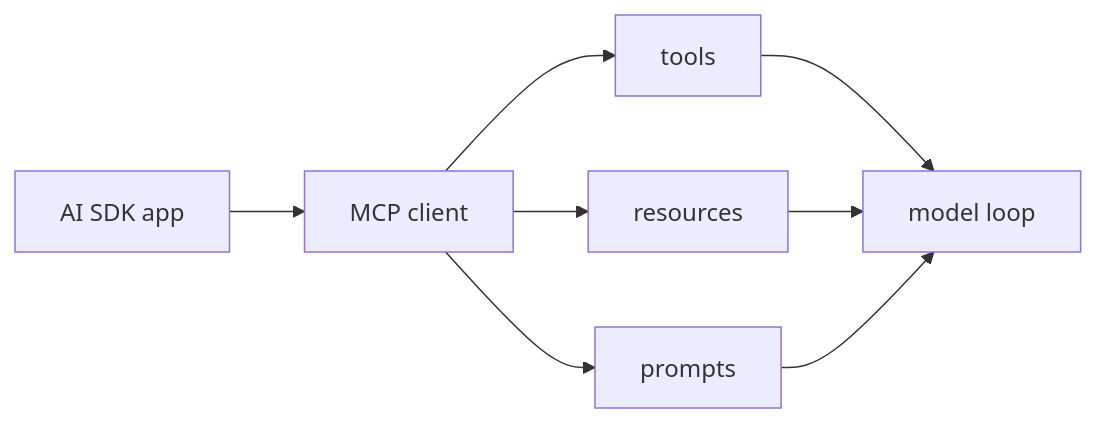
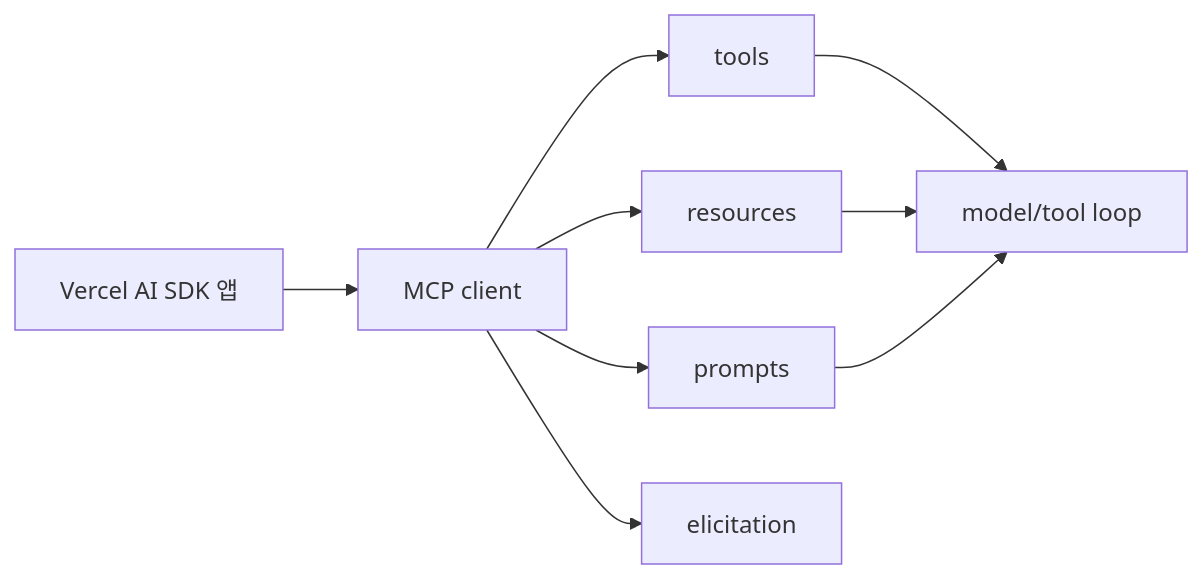
Before and after one commit to kim62210/llm-wiki: the diagram in wiki/tooling/vercel-ai-sdk-mcp-tools.md, drawn with Mermaid. The commit also changed other lines of this file and 482 other files, not shown here.

````diff
--- a/wiki/tooling/vercel-ai-sdk-mcp-tools.md
+++ b/wiki/tooling/vercel-ai-sdk-mcp-tools.md
@@ -17,10 +16,11 @@
 ```mermaid
 flowchart LR
-    A[AI SDK app] --> B[MCP client]
-    B --> C[tools]
-    B --> D[resources]
-    B --> E[prompts]
-    C --> F[model loop]
-    D --> F
-    E --> F
+    App[Vercel AI SDK 앱] --> Client[MCP client]
+    Client --> Tools[tools]
+    Client --> Resources[resources]
+    Client --> Prompts[prompts]
+    Client --> Elicit[elicitation]
+    Tools --> Loop[model/tool loop]
+    Resources --> Loop
+    Prompts --> Loop
 ```
````
